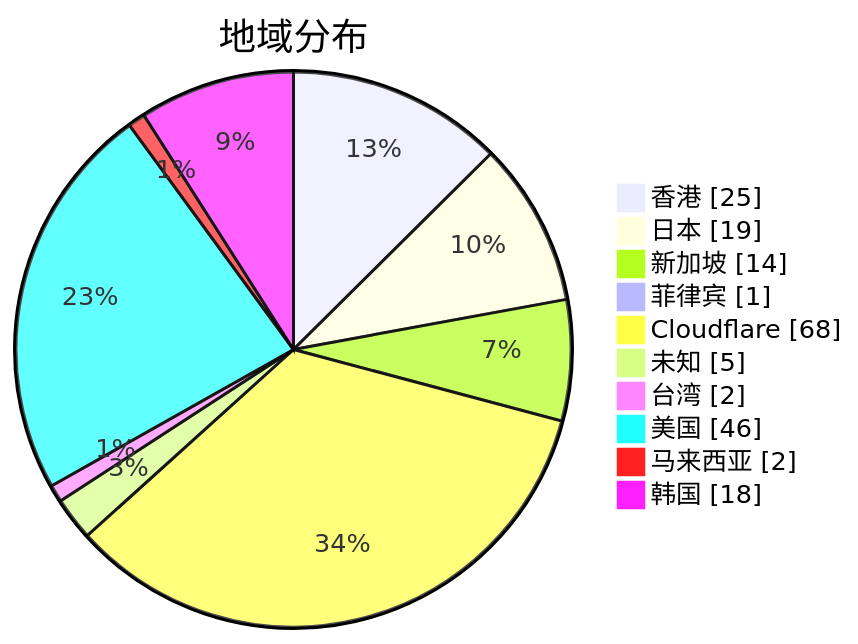
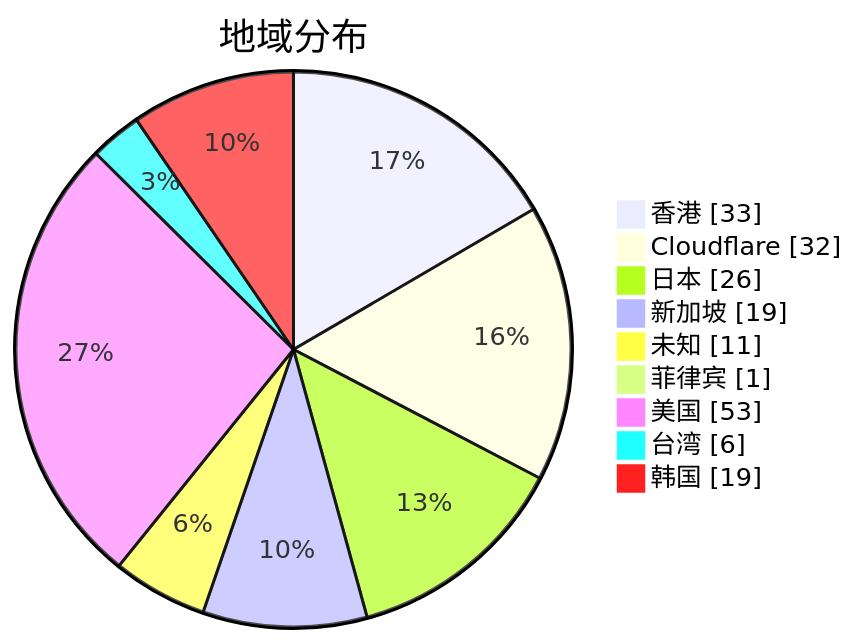
The second of 3 diagrams in subs/statistics/tested_within.md (qjlxg/airport), drawn with Mermaid before and after one commit. The commit also changed other lines of this file and 2 other files, not shown here.

````diff
--- a/subs/statistics/tested_within.md
+++ b/subs/statistics/tested_within.md
@@ -12,14 +11,13 @@
 ```mermaid
 pie showData
 title 地域分布
-"香港" : 25
-"日本" : 19
-"新加坡" : 14
+"香港" : 33
+"Cloudflare" : 32
+"日本" : 26
+"新加坡" : 19
+"未知" : 11
 "菲律宾" : 1
-"Cloudflare" : 68
-"未知" : 5
-"台湾" : 2
-"美国" : 46
-"马来西亚" : 2
-"韩国" : 18
+"美国" : 53
+"台湾" : 6
+"韩国" : 19
 ```
````
